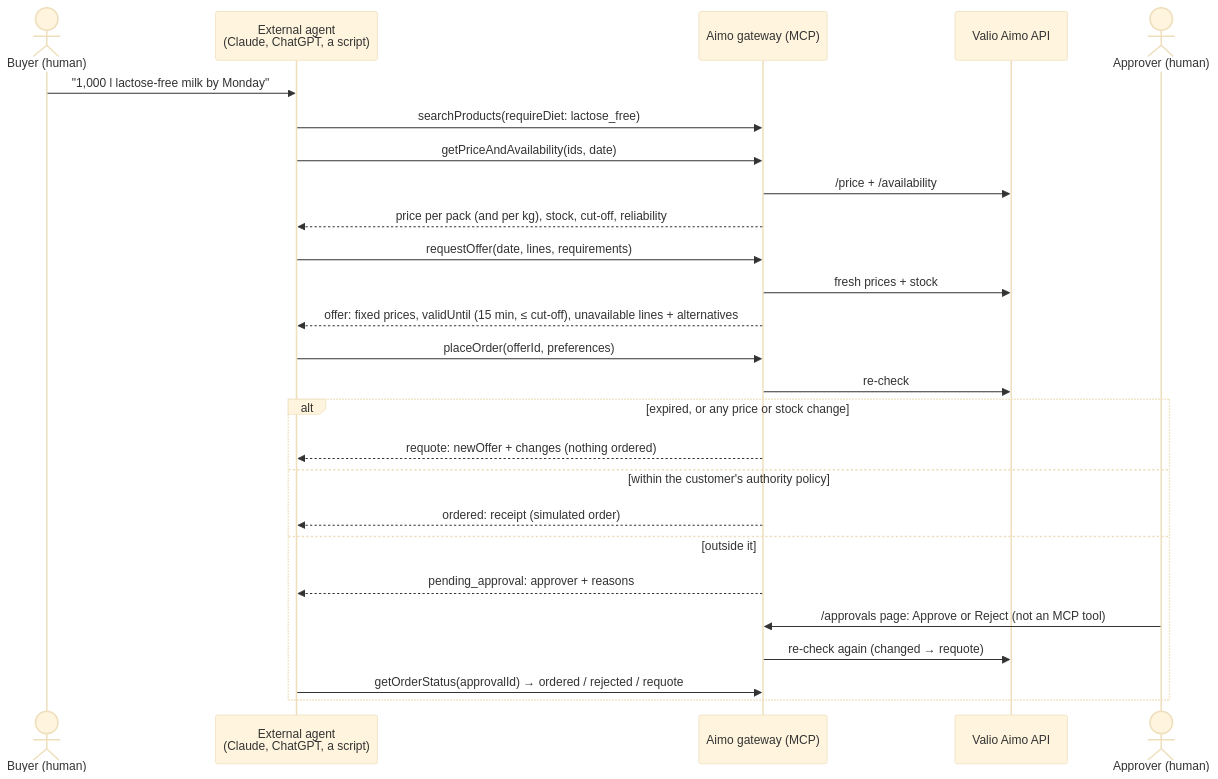
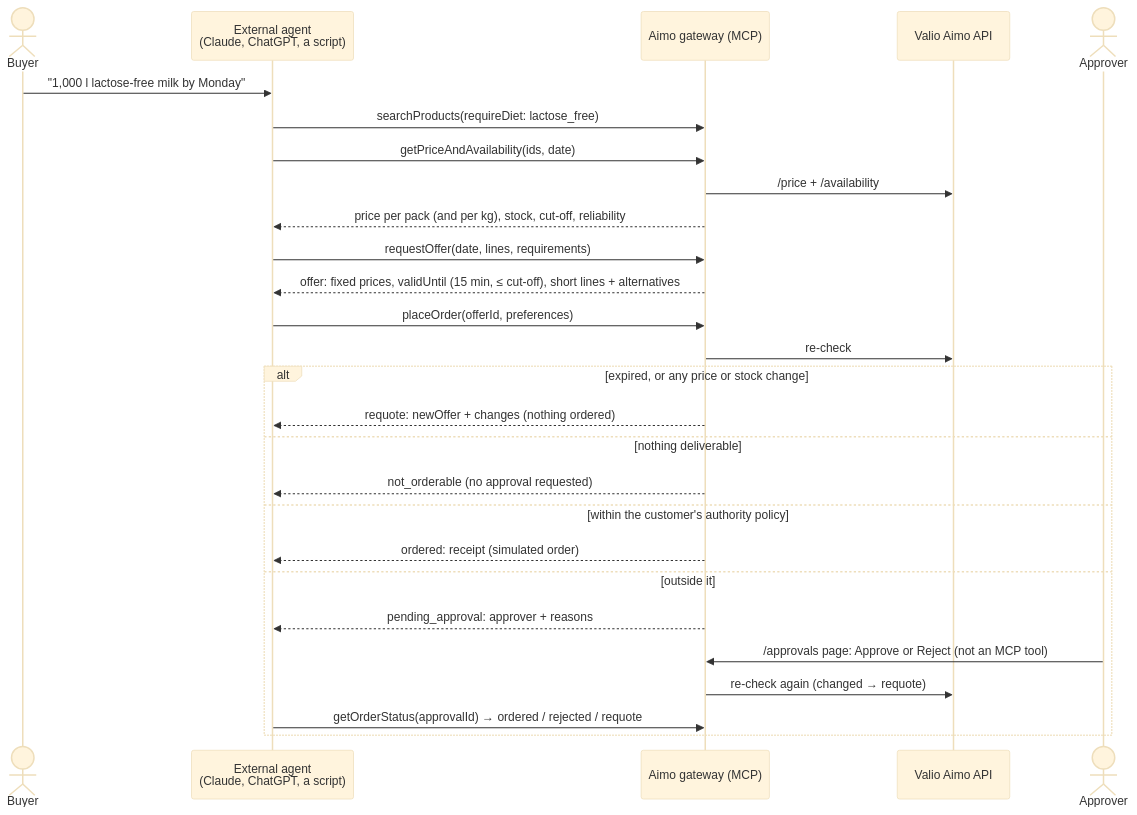
The third of 5 diagrams in MCP.md (Viettranni/AimoValio-Junction2026), drawn with Mermaid (base theme) before and after one commit. The commit also changed other lines of this file and 4 other files, not shown here.

First line of the commit message:
Document the event flow, the security model and MCP-only tunnels

````diff
--- a/MCP.md
+++ b/MCP.md
@@ -105,28 +105,29 @@
 ```mermaid
 sequenceDiagram
-  actor U as Buyer (human)
+  actor U as Buyer
   participant A as External agent<br/>(Claude, ChatGPT, a script)
   participant G as Aimo gateway (MCP)
   participant V as Valio Aimo API
-  actor H as Approver (human)
+  actor H as Approver
   U->>A: "1,000 l lactose-free milk by Monday"
   A->>G: searchProducts(requireDiet: lactose_free)
   A->>G: getPriceAndAvailability(ids, date)
   G->>V: /price + /availability
   G-->>A: price per pack (and per kg), stock, cut-off, reliability
   A->>G: requestOffer(date, lines, requirements)
-  G->>V: fresh prices + stock
-  G-->>A: offer: fixed prices, validUntil (15 min, ≤ cut-off), unavailable lines + alternatives
+  G-->>A: offer: fixed prices, validUntil (15 min, ≤ cut-off), short lines + alternatives
   A->>G: placeOrder(offerId, preferences)
   G->>V: re-check
   alt expired, or any price or stock change
     G-->>A: requote: newOffer + changes (nothing ordered)
+  else nothing deliverable
+    G-->>A: not_orderable (no approval requested)
   else within the customer's authority policy
     G-->>A: ordered: receipt (simulated order)
   else outside it
     G-->>A: pending_approval: approver + reasons
     H->>G: /approvals page: Approve or Reject (not an MCP tool)
     G->>V: re-check again (changed → requote)
     A->>G: getOrderStatus(approvalId) → ordered / rejected / requote
   end
 ```
````
